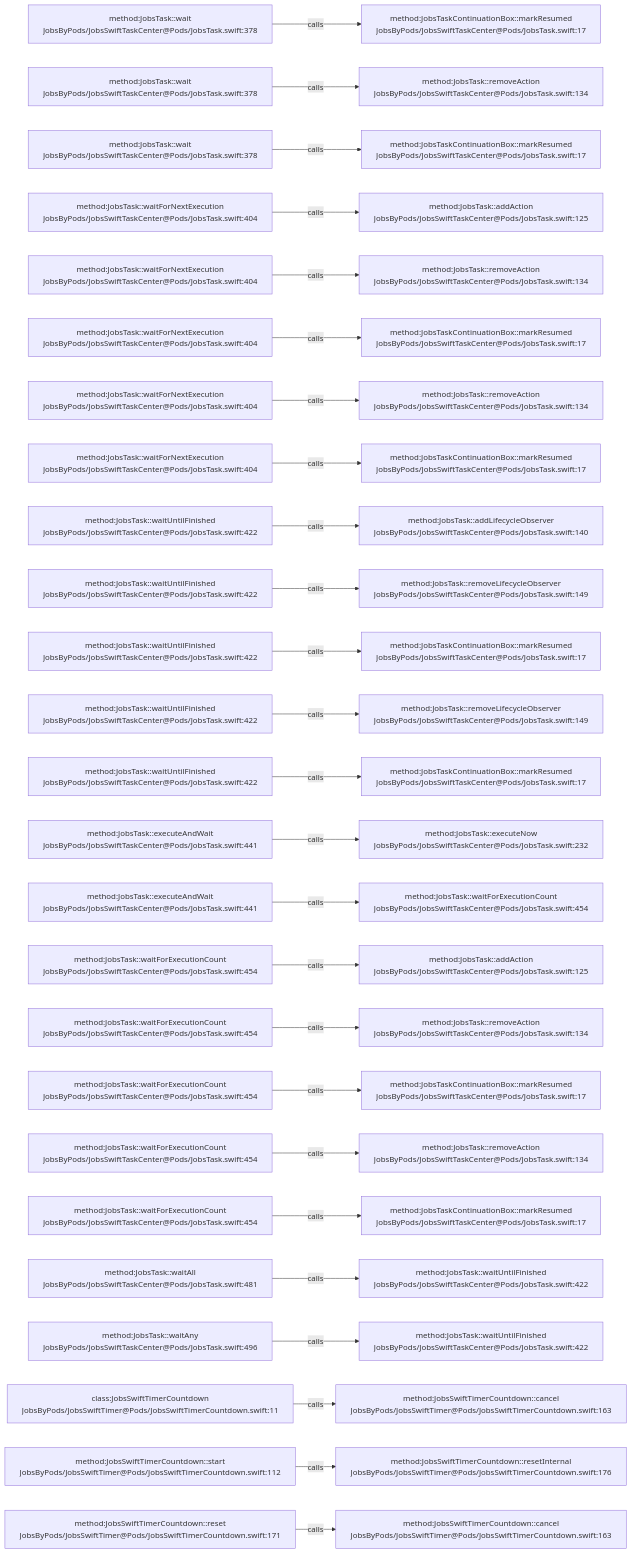
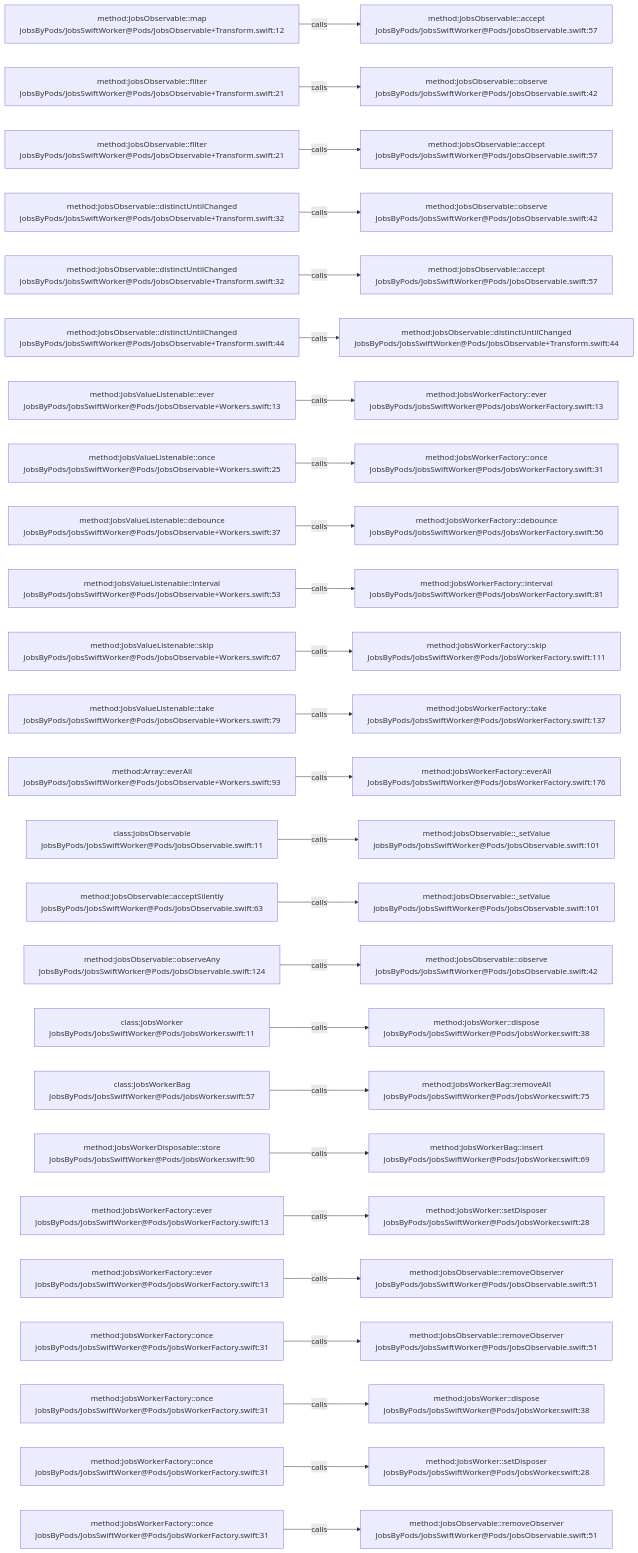
The diagram in .codegraph/codegraph.md/graphs/calls-015.md (JobsKits/JobsSwiftBaseConfigDemo), drawn with Mermaid before and after one commit. The commit also changed 2959 other files, not shown here.

````diff
--- a/.codegraph/codegraph.md/graphs/calls-015.md
+++ b/.codegraph/codegraph.md/graphs/calls-015.md
@@ -13,78 +13,78 @@
 ```mermaid
 flowchart LR
-  S1["method:JobsTask::wait<br/>JobsByPods/JobsSwiftTaskCenter@Pods/JobsTask.swift:378"]
-  T1["method:JobsTaskContinuationBox::markResumed<br/>JobsByPods/JobsSwiftTaskCenter@Pods/JobsTask.swift:17"]
+  S1["method:JobsObservable::map<br/>JobsByPods/JobsSwiftWorker@Pods/JobsObservable+Transform.swift:12"]
+  T1["method:JobsObservable::accept<br/>JobsByPods/JobsSwiftWorker@Pods/JobsObservable.swift:57"]
   S1 -->|calls| T1
-  S2["method:JobsTask::wait<br/>JobsByPods/JobsSwiftTaskCenter@Pods/JobsTask.swift:378"]
-  T2["method:JobsTask::removeAction<br/>JobsByPods/JobsSwiftTaskCenter@Pods/JobsTask.swift:134"]
+  S2["method:JobsObservable::filter<br/>JobsByPods/JobsSwiftWorker@Pods/JobsObservable+Transform.swift:21"]
+  T2["method:JobsObservable::observe<br/>JobsByPods/JobsSwiftWorker@Pods/JobsObservable.swift:42"]
   S2 -->|calls| T2
-  S3["method:JobsTask::wait<br/>JobsByPods/JobsSwiftTaskCenter@Pods/JobsTask.swift:378"]
-  T3["method:JobsTaskContinuationBox::markResumed<br/>JobsByPods/JobsSwiftTaskCenter@Pods/JobsTask.swift:17"]
+  S3["method:JobsObservable::filter<br/>JobsByPods/JobsSwiftWorker@Pods/JobsObservable+Transform.swift:21"]
+  T3["method:JobsObservable::accept<br/>JobsByPods/JobsSwiftWorker@Pods/JobsObservable.swift:57"]
   S3 -->|calls| T3
-  S4["method:JobsTask::waitForNextExecution<br/>JobsByPods/JobsSwiftTaskCenter@Pods/JobsTask.swift:404"]
-  T4["method:JobsTask::addAction<br/>JobsByPods/JobsSwiftTaskCenter@Pods/JobsTask.swift:125"]
+  S4["method:JobsObservable::distinctUntilChanged<br/>JobsByPods/JobsSwiftWorker@Pods/JobsObservable+Transform.swift:32"]
+  T4["method:JobsObservable::observe<br/>JobsByPods/JobsSwiftWorker@Pods/JobsObservable.swift:42"]
   S4 -->|calls| T4
-  S5["method:JobsTask::waitForNextExecution<br/>JobsByPods/JobsSwiftTaskCenter@Pods/JobsTask.swift:404"]
-  T5["method:JobsTask::removeAction<br/>JobsByPods/JobsSwiftTaskCenter@Pods/JobsTask.swift:134"]
+  S5["method:JobsObservable::distinctUntilChanged<br/>JobsByPods/JobsSwiftWorker@Pods/JobsObservable+Transform.swift:32"]
+  T5["method:JobsObservable::accept<br/>JobsByPods/JobsSwiftWorker@Pods/JobsObservable.swift:57"]
   S5 -->|calls| T5
-  S6["method:JobsTask::waitForNextExecution<br/>JobsByPods/JobsSwiftTaskCenter@Pods/JobsTask.swift:404"]
-  T6["method:JobsTaskContinuationBox::markResumed<br/>JobsByPods/JobsSwiftTaskCenter@Pods/JobsTask.swift:17"]
+  S6["method:JobsObservable::distinctUntilChanged<br/>JobsByPods/JobsSwiftWorker@Pods/JobsObservable+Transform.swift:44"]
+  T6["method:JobsObservable::distinctUntilChanged<br/>JobsByPods/JobsSwiftWorker@Pods/JobsObservable+Transform.swift:44"]
   S6 -->|calls| T6
-  S7["method:JobsTask::waitForNextExecution<br/>JobsByPods/JobsSwiftTaskCenter@Pods/JobsTask.swift:404"]
-  T7["method:JobsTask::removeAction<br/>JobsByPods/JobsSwiftTaskCenter@Pods/JobsTask.swift:134"]
+  S7["method:JobsValueListenable::ever<br/>JobsByPods/JobsSwiftWorker@Pods/JobsObservable+Workers.swift:13"]
+  T7["method:JobsWorkerFactory::ever<br/>JobsByPods/JobsSwiftWorker@Pods/JobsWorkerFactory.swift:13"]
   S7 -->|calls| T7
-  S8["method:JobsTask::waitForNextExecution<br/>JobsByPods/JobsSwiftTaskCenter@Pods/JobsTask.swift:404"]
-  T8["method:JobsTaskContinuationBox::markResumed<br/>JobsByPods/JobsSwiftTaskCenter@Pods/JobsTask.swift:17"]
+  S8["method:JobsValueListenable::once<br/>JobsByPods/JobsSwiftWorker@Pods/JobsObservable+Workers.swift:25"]
+  T8["method:JobsWorkerFactory::once<br/>JobsByPods/JobsSwiftWorker@Pods/JobsWorkerFactory.swift:31"]
   S8 -->|calls| T8
-  S9["method:JobsTask::waitUntilFinished<br/>JobsByPods/JobsSwiftTaskCenter@Pods/JobsTask.swift:422"]
-  T9["method:JobsTask::addLifecycleObserver<br/>JobsByPods/JobsSwiftTaskCenter@Pods/JobsTask.swift:140"]
+  S9["method:JobsValueListenable::debounce<br/>JobsByPods/JobsSwiftWorker@Pods/JobsObservable+Workers.swift:37"]
+  T9["method:JobsWorkerFactory::debounce<br/>JobsByPods/JobsSwiftWorker@Pods/JobsWorkerFactory.swift:56"]
   S9 -->|calls| T9
-  S10["method:JobsTask::waitUntilFinished<br/>JobsByPods/JobsSwiftTaskCenter@Pods/JobsTask.swift:422"]
-  T10["method:JobsTask::removeLifecycleObserver<br/>JobsByPods/JobsSwiftTaskCenter@Pods/JobsTask.swift:149"]
+  S10["method:JobsValueListenable::interval<br/>JobsByPods/JobsSwiftWorker@Pods/JobsObservable+Workers.swift:53"]
+  T10["method:JobsWorkerFactory::interval<br/>JobsByPods/JobsSwiftWorker@Pods/JobsWorkerFactory.swift:81"]
   S10 -->|calls| T10
-  S11["method:JobsTask::waitUntilFinished<br/>JobsByPods/JobsSwiftTaskCenter@Pods/JobsTask.swift:422"]
-  T11["method:JobsTaskContinuationBox::markResumed<br/>JobsByPods/JobsSwiftTaskCenter@Pods/JobsTask.swift:17"]
+  S11["method:JobsValueListenable::skip<br/>JobsByPods/JobsSwiftWorker@Pods/JobsObservable+Workers.swift:67"]
+  T11["method:JobsWorkerFactory::skip<br/>JobsByPods/JobsSwiftWorker@Pods/JobsWorkerFactory.swift:111"]
   S11 -->|calls| T11
-  S12["method:JobsTask::waitUntilFinished<br/>JobsByPods/JobsSwiftTaskCenter@Pods/JobsTask.swift:422"]
-  T12["method:JobsTask::removeLifecycleObserver<br/>JobsByPods/JobsSwiftTaskCenter@Pods/JobsTask.swift:149"]
+  S12["method:JobsValueListenable::take<br/>JobsByPods/JobsSwiftWorker@Pods/JobsObservable+Workers.swift:79"]
+  T12["method:JobsWorkerFactory::take<br/>JobsByPods/JobsSwiftWorker@Pods/JobsWorkerFactory.swift:137"]
   S12 -->|calls| T12
-  S13["method:JobsTask::waitUntilFinished<br/>JobsByPods/JobsSwiftTaskCenter@Pods/JobsTask.swift:422"]
-  T13["method:JobsTaskContinuationBox::markResumed<br/>JobsByPods/JobsSwiftTaskCenter@Pods/JobsTask.swift:17"]
+  S13["method:Array::everAll<br/>JobsByPods/JobsSwiftWorker@Pods/JobsObservable+Workers.swift:93"]
+  T13["method:JobsWorkerFactory::everAll<br/>JobsByPods/JobsSwiftWorker@Pods/JobsWorkerFactory.swift:176"]
   S13 -->|calls| T13
-  S14["method:JobsTask::executeAndWait<br/>JobsByPods/JobsSwiftTaskCenter@Pods/JobsTask.swift:441"]
-  T14["method:JobsTask::executeNow<br/>JobsByPods/JobsSwiftTaskCenter@Pods/JobsTask.swift:232"]
+  S14["class:JobsObservable<br/>JobsByPods/JobsSwiftWorker@Pods/JobsObservable.swift:11"]
+  T14["method:JobsObservable::_setValue<br/>JobsByPods/JobsSwiftWorker@Pods/JobsObservable.swift:101"]
   S14 -->|calls| T14
-  S15["method:JobsTask::executeAndWait<br/>JobsByPods/JobsSwiftTaskCenter@Pods/JobsTask.swift:441"]
-  T15["method:JobsTask::waitForExecutionCount<br/>JobsByPods/JobsSwiftTaskCenter@Pods/JobsTask.swift:454"]
+  S15["method:JobsObservable::acceptSilently<br/>JobsByPods/JobsSwiftWorker@Pods/JobsObservable.swift:63"]
+  T15["method:JobsObservable::_setValue<br/>JobsByPods/JobsSwiftWorker@Pods/JobsObservable.swift:101"]
   S15 -->|calls| T15
-  S16["method:JobsTask::waitForExecutionCount<br/>JobsByPods/JobsSwiftTaskCenter@Pods/JobsTask.swift:454"]
-  T16["method:JobsTask::addAction<br/>JobsByPods/JobsSwiftTaskCenter@Pods/JobsTask.swift:125"]
+  S16["method:JobsObservable::observeAny<br/>JobsByPods/JobsSwiftWorker@Pods/JobsObservable.swift:124"]
+  T16["method:JobsObservable::observe<br/>JobsByPods/JobsSwiftWorker@Pods/JobsObservable.swift:42"]
   S16 -->|calls| T16
-  S17["method:JobsTask::waitForExecutionCount<br/>JobsByPods/JobsSwiftTaskCenter@Pods/JobsTask.swift:454"]
-  T17["method:JobsTask::removeAction<br/>JobsByPods/JobsSwiftTaskCenter@Pods/JobsTask.swift:134"]
+  S17["class:JobsWorker<br/>JobsByPods/JobsSwiftWorker@Pods/JobsWorker.swift:11"]
+  T17["method:JobsWorker::dispose<br/>JobsByPods/JobsSwiftWorker@Pods/JobsWorker.swift:38"]
   S17 -->|calls| T17
-  S18["method:JobsTask::waitForExecutionCount<br/>JobsByPods/JobsSwiftTaskCenter@Pods/JobsTask.swift:454"]
-  T18["method:JobsTaskContinuationBox::markResumed<br/>JobsByPods/JobsSwiftTaskCenter@Pods/JobsTask.swift:17"]
+  S18["class:JobsWorkerBag<br/>JobsByPods/JobsSwiftWorker@Pods/JobsWorker.swift:57"]
+  T18["method:JobsWorkerBag::removeAll<br/>JobsByPods/JobsSwiftWorker@Pods/JobsWorker.swift:75"]
   S18 -->|calls| T18
-  S19["method:JobsTask::waitForExecutionCount<br/>JobsByPods/JobsSwiftTaskCenter@Pods/JobsTask.swift:454"]
-  T19["method:JobsTask::removeAction<br/>JobsByPods/JobsSwiftTaskCenter@Pods/JobsTask.swift:134"]
+  S19["method:JobsWorkerDisposable::store<br/>JobsByPods/JobsSwiftWorker@Pods/JobsWorker.swift:90"]
+  T19["method:JobsWorkerBag::insert<br/>JobsByPods/JobsSwiftWorker@Pods/JobsWorker.swift:69"]
   S19 -->|calls| T19
-  S20["method:JobsTask::waitForExecutionCount<br/>JobsByPods/JobsSwiftTaskCenter@Pods/JobsTask.swift:454"]
-  T20["method:JobsTaskContinuationBox::markResumed<br/>JobsByPods/JobsSwiftTaskCenter@Pods/JobsTask.swift:17"]
+  S20["method:JobsWorkerFactory::ever<br/>JobsByPods/JobsSwiftWorker@Pods/JobsWorkerFactory.swift:13"]
+  T20["method:JobsWorker::setDisposer<br/>JobsByPods/JobsSwiftWorker@Pods/JobsWorker.swift:28"]
   S20 -->|calls| T20
-  S21["method:JobsTask::waitAll<br/>JobsByPods/JobsSwiftTaskCenter@Pods/JobsTask.swift:481"]
-  T21["method:JobsTask::waitUntilFinished<br/>JobsByPods/JobsSwiftTaskCenter@Pods/JobsTask.swift:422"]
+  S21["method:JobsWorkerFactory::ever<br/>JobsByPods/JobsSwiftWorker@Pods/JobsWorkerFactory.swift:13"]
+  T21["method:JobsObservable::removeObserver<br/>JobsByPods/JobsSwiftWorker@Pods/JobsObservable.swift:51"]
   S21 -->|calls| T21
-  S22["method:JobsTask::waitAny<br/>JobsByPods/JobsSwiftTaskCenter@Pods/JobsTask.swift:496"]
-  T22["method:JobsTask::waitUntilFinished<br/>JobsByPods/JobsSwiftTaskCenter@Pods/JobsTask.swift:422"]
+  S22["method:JobsWorkerFactory::once<br/>JobsByPods/JobsSwiftWorker@Pods/JobsWorkerFactory.swift:31"]
+  T22["method:JobsObservable::removeObserver<br/>JobsByPods/JobsSwiftWorker@Pods/JobsObservable.swift:51"]
   S22 -->|calls| T22
-  S23["class:JobsSwiftTimerCountdown<br/>JobsByPods/JobsSwiftTimer@Pods/JobsSwiftTimerCountdown.swift:11"]
-  T23["method:JobsSwiftTimerCountdown::cancel<br/>JobsByPods/JobsSwiftTimer@Pods/JobsSwiftTimerCountdown.swift:163"]
+  S23["method:JobsWorkerFactory::once<br/>JobsByPods/JobsSwiftWorker@Pods/JobsWorkerFactory.swift:31"]
+  T23["method:JobsWorker::dispose<br/>JobsByPods/JobsSwiftWorker@Pods/JobsWorker.swift:38"]
   S23 -->|calls| T23
-  S24["method:JobsSwiftTimerCountdown::start<br/>JobsByPods/JobsSwiftTimer@Pods/JobsSwiftTimerCountdown.swift:112"]
-  T24["method:JobsSwiftTimerCountdown::resetInternal<br/>JobsByPods/JobsSwiftTimer@Pods/JobsSwiftTimerCountdown.swift:176"]
+  S24["method:JobsWorkerFactory::once<br/>JobsByPods/JobsSwiftWorker@Pods/JobsWorkerFactory.swift:31"]
+  T24["method:JobsWorker::setDisposer<br/>JobsByPods/JobsSwiftWorker@Pods/JobsWorker.swift:28"]
   S24 -->|calls| T24
-  S25["method:JobsSwiftTimerCountdown::reset<br/>JobsByPods/JobsSwiftTimer@Pods/JobsSwiftTimerCountdown.swift:171"]
-  T25["method:JobsSwiftTimerCountdown::cancel<br/>JobsByPods/JobsSwiftTimer@Pods/JobsSwiftTimerCountdown.swift:163"]
+  S25["method:JobsWorkerFactory::once<br/>JobsByPods/JobsSwiftWorker@Pods/JobsWorkerFactory.swift:31"]
+  T25["method:JobsObservable::removeObserver<br/>JobsByPods/JobsSwiftWorker@Pods/JobsObservable.swift:51"]
   S25 -->|calls| T25
 ```
````
